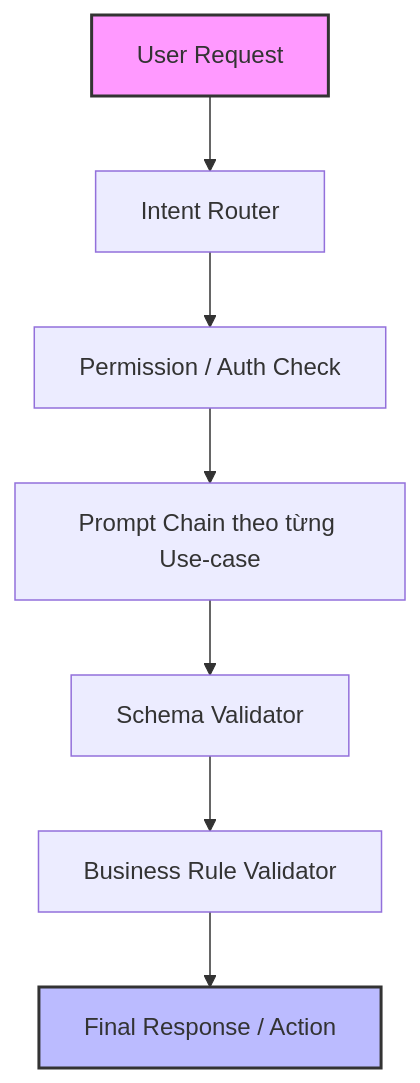
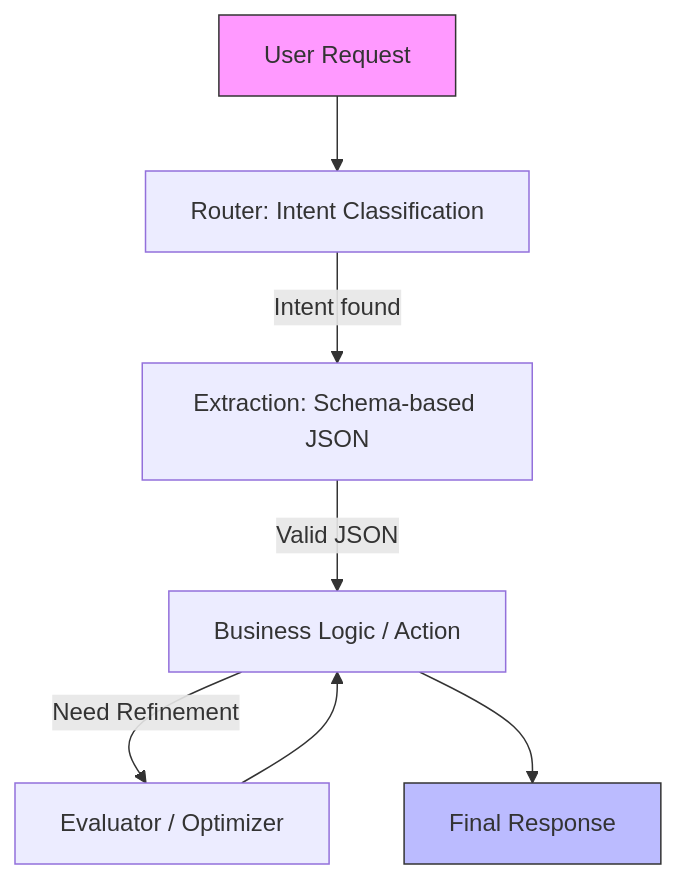
Before and after one commit to Tunhoclaptrinh/TCNS-DCD-BACK: the diagram in docs/ai-workflow/02-backend-pipeline.md, drawn with Mermaid. The commit also changed other lines of this file and 4 other files, not shown here.

````diff
--- a/docs/ai-workflow/02-backend-pipeline.md
+++ b/docs/ai-workflow/02-backend-pipeline.md
@@ -9,12 +9,12 @@
 ```mermaid
 graph TD
-    A[User Request] --> B[Intent Router]
-    B --> C[Permission / Auth Check]
-    C --> D[Prompt Chain theo từng Use-case]
-    D --> E[Schema Validator]
-    E --> F[Business Rule Validator]
-    F --> G[Final Response / Action]
+    A[User Request] --> B[Router: Intent Classification]
+    B -- Intent found --> C[Extraction: Schema-based JSON]
+    C -- Valid JSON --> D[Business Logic / Action]
+    D -- Need Refinement --> E[Evaluator / Optimizer]
+    E --> D
+    D --> F[Final Response]
 
-    style A fill:#f9f,stroke:#333,stroke-width:2px
-    style G fill:#bbf,stroke:#333,stroke-width:2px
+    style A fill:#f9f,stroke:#333
+    style F fill:#bbf,stroke:#333
 ```
````
